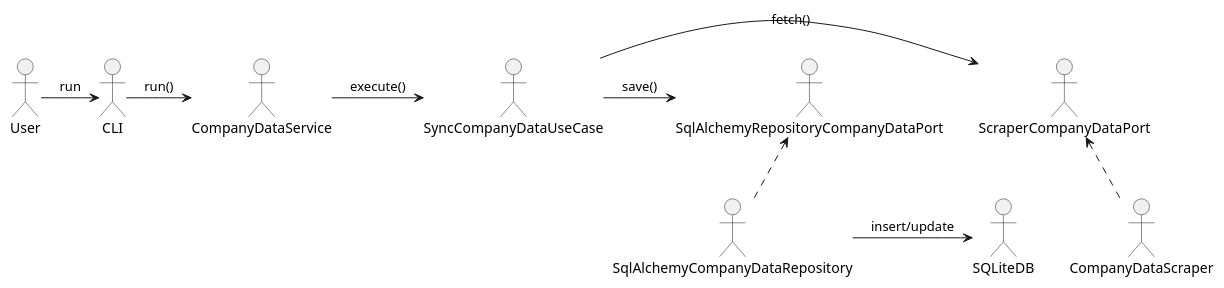
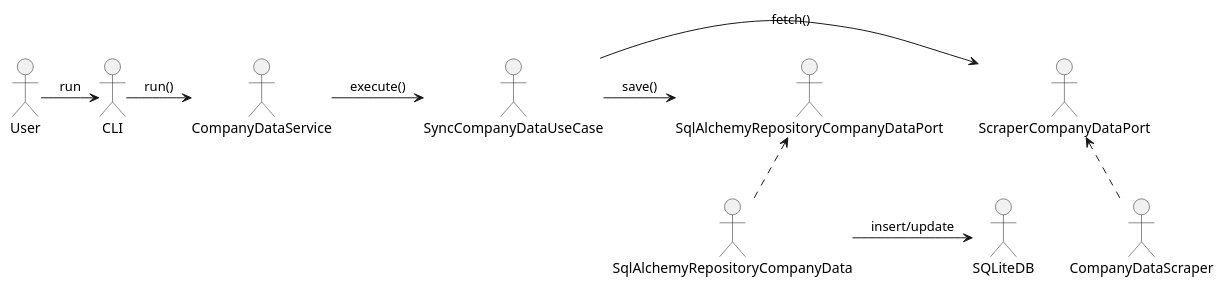
One commit to faustostangler/FLY changed the diagram in docs/ARCHITECTURE.md. Above: the diagram before and after it, drawn with PlantUML. The commit also changed other lines of this file and 94 other files, not shown here.

````diff
--- a/docs/ARCHITECTURE.md
+++ b/docs/ARCHITECTURE.md
@@ -171,14 +171,14 @@
 ```plantuml
 @startuml
 skinparam componentStyle rectangle
 actor User
 User -> CLI : run
 CLI -> CompanyDataService : run()
 CompanyDataService -> SyncCompanyDataUseCase : execute()
 SyncCompanyDataUseCase -> ScraperCompanyDataPort : fetch()
 ScraperCompanyDataPort <.. CompanyDataScraper
 SyncCompanyDataUseCase -> SqlAlchemyRepositoryCompanyDataPort : save()
-SqlAlchemyRepositoryCompanyDataPort <.. SqlAlchemyCompanyDataRepository
-SqlAlchemyCompanyDataRepository -> SQLiteDB : insert/update
+SqlAlchemyRepositoryCompanyDataPort <.. SqlAlchemyRepositoryCompanyData
+SqlAlchemyRepositoryCompanyData -> SQLiteDB : insert/update
 @enduml
 ```
````
